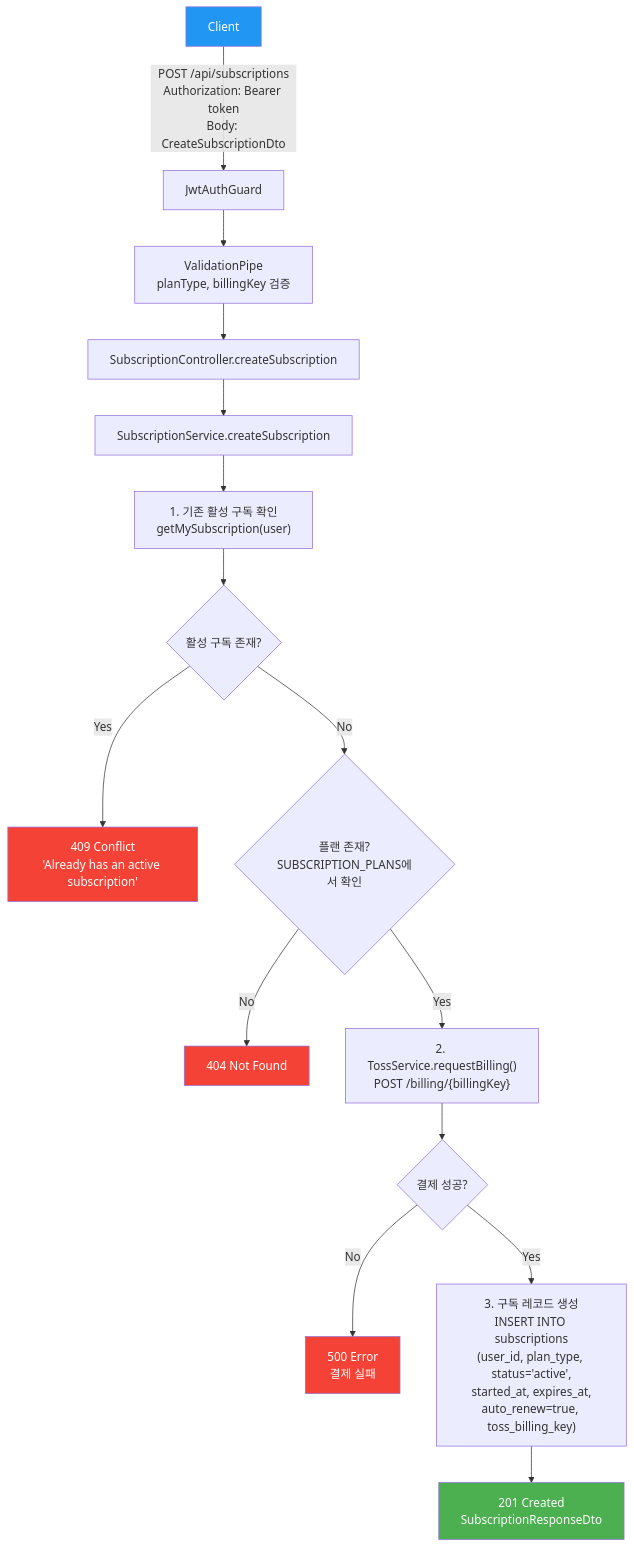
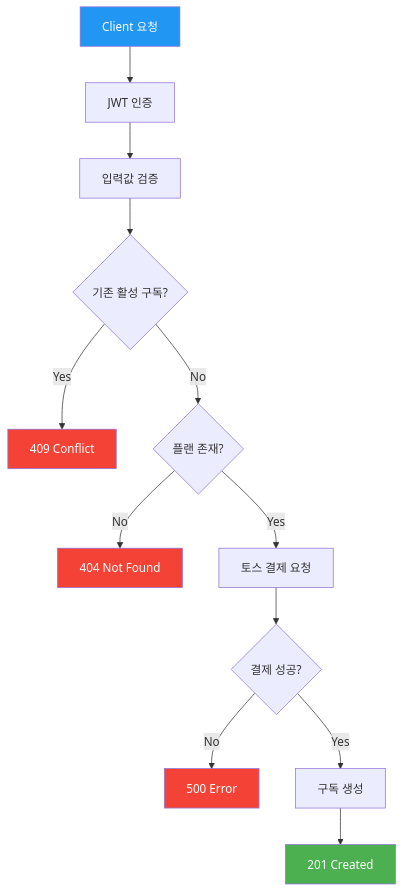
Before and after one commit to youngkim90/ddukddak-api: the fifth of 10 diagrams in docs/api/subscription-api.md, drawn with Mermaid. The commit also changed other lines of this file and 5 other files, not shown here.

First line of the commit message:
docs: simplify flowcharts with dual API/code flow structure

````diff
--- a/docs/api/subscription-api.md
+++ b/docs/api/subscription-api.md
@@ -115,23 +130,20 @@
 ```mermaid
 flowchart TD
-    A[Client] -->|"POST /api/subscriptions<br/>Authorization: Bearer token<br/>Body: CreateSubscriptionDto"| B[JwtAuthGuard]
-    B --> C["ValidationPipe<br/>planType, billingKey 검증"]
-    C --> D[SubscriptionController.createSubscription]
-    D --> E[SubscriptionService.createSubscription]
-    E --> F["1. 기존 활성 구독 확인<br/>getMySubscription(user)"]
-    F --> G{활성 구독 존재?}
-    G -- Yes --> H["409 Conflict<br/>'Already has an active subscription'"]
-    G -- No --> I{플랜 존재?<br/>SUBSCRIPTION_PLANS에서 확인}
-    I -- No --> J["404 Not Found"]
-    I -- Yes --> K["2. TossService.requestBilling()<br/>POST /billing/{billingKey}"]
-    K --> L{결제 성공?}
-    L -- No --> M["500 Error<br/>결제 실패"]
-    L -- Yes --> N["3. 구독 레코드 생성<br/>INSERT INTO subscriptions<br/>(user_id, plan_type, status='active',<br/>started_at, expires_at,<br/>auto_renew=true, toss_billing_key)"]
-    N --> O["201 Created<br/>SubscriptionResponseDto"]
+    A[Client 요청] --> B[JWT 인증]
+    B --> C[입력값 검증]
+    C --> D{기존 활성 구독?}
+    D -- Yes --> E[409 Conflict]
+    D -- No --> F{플랜 존재?}
+    F -- No --> G[404 Not Found]
+    F -- Yes --> H[토스 결제 요청]
+    H --> I{결제 성공?}
+    I -- No --> J[500 Error]
+    I -- Yes --> K[구독 생성]
+    K --> L[201 Created]
 
     style A fill:#2196f3,color:#fff
-    style H fill:#f44336,color:#fff
+    style E fill:#f44336,color:#fff
+    style G fill:#f44336,color:#fff
     style J fill:#f44336,color:#fff
-    style M fill:#f44336,color:#fff
-    style O fill:#4caf50,color:#fff
+    style L fill:#4caf50,color:#fff
 ```
````
